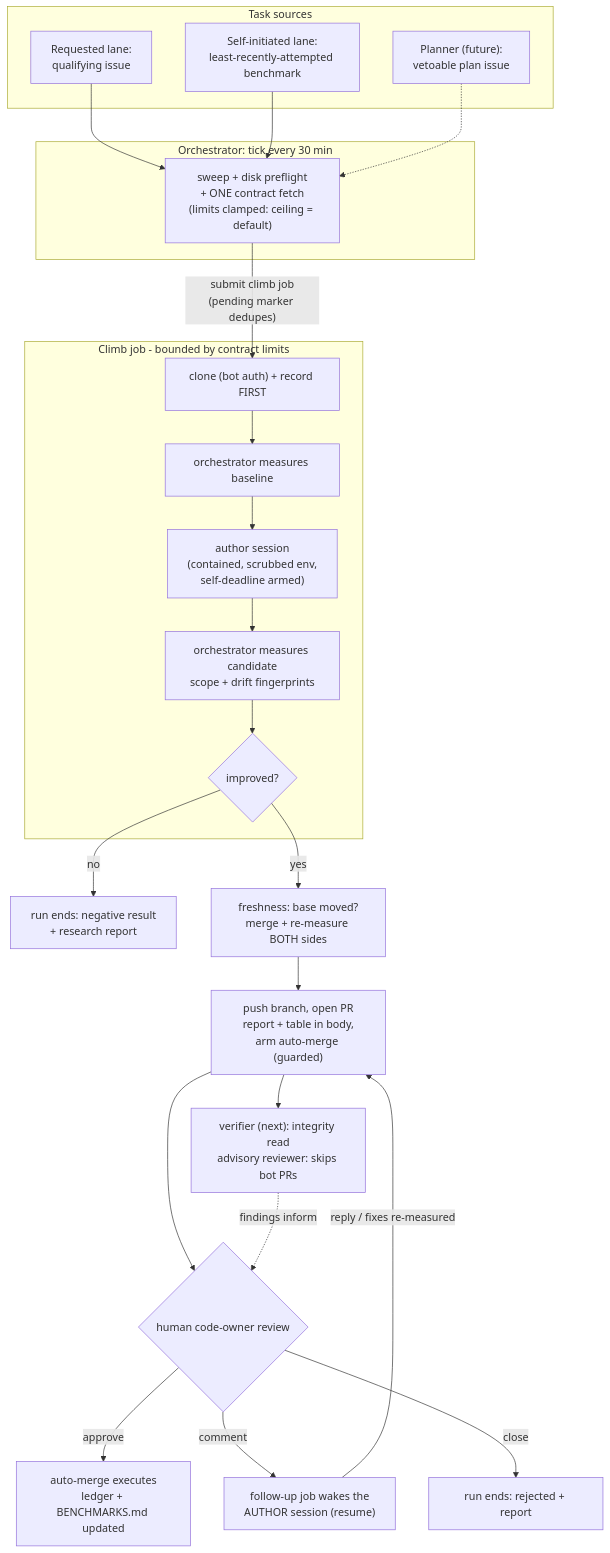
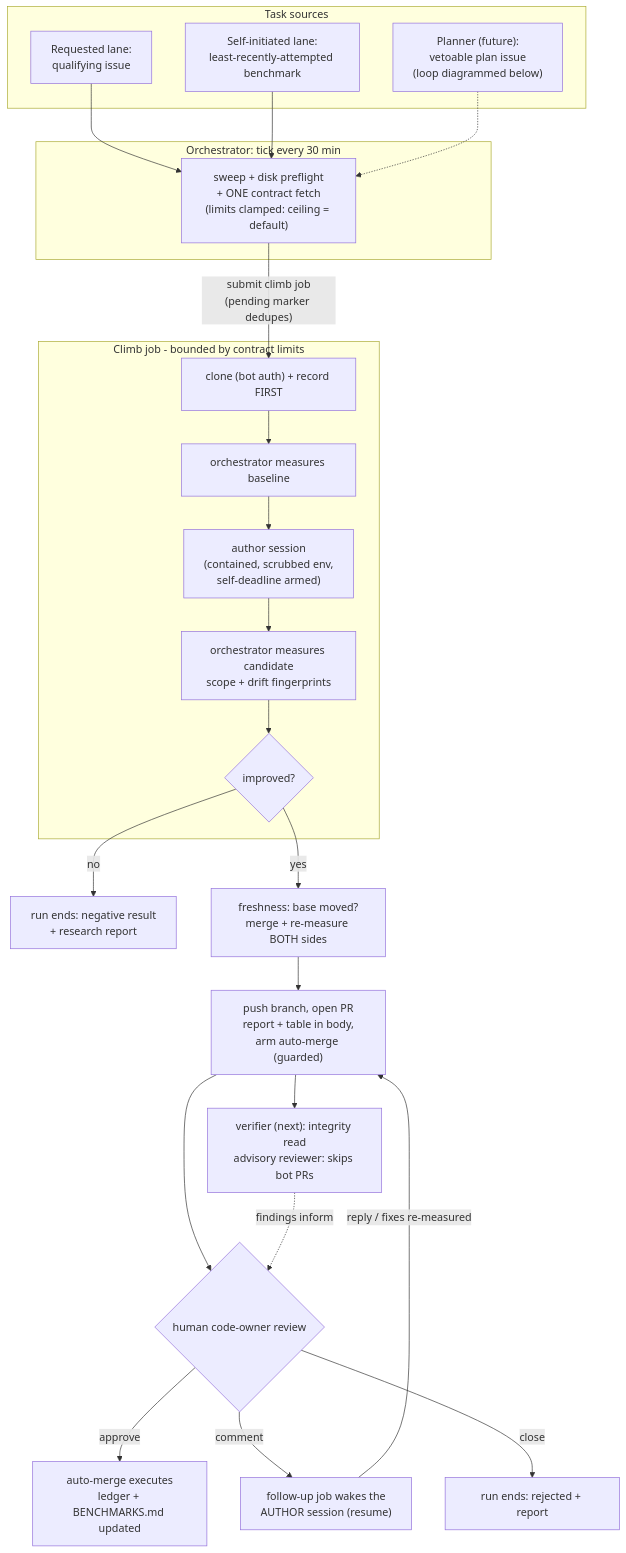
Before and after one commit to outerloop-science/outerloop: the first of 4 diagrams in docs/design/roles.md, drawn with Mermaid. The commit also changed other lines of this file, not shown here.

First line of the commit message:
roles.md: the planning and stewardship loop, diagrammed

````diff
--- a/docs/design/roles.md
+++ b/docs/design/roles.md
@@ -38,37 +38,37 @@
 ```mermaid
 flowchart TD
     subgraph sources [Task sources]
         I["Requested lane:<br/>qualifying issue"]
         S["Self-initiated lane:<br/>least-recently-attempted benchmark"]
-        P["Planner (future):<br/>vetoable plan issue"]
+        P["Planner (future):<br/>vetoable plan issue<br/>(loop diagrammed below)"]
     end
 
     subgraph tick [Orchestrator: tick every 30 min]
         T["sweep + disk preflight<br/>+ ONE contract fetch<br/>(limits clamped: ceiling = default)"]
     end
 
     I --> T
     S --> T
     P -.-> T
 
     subgraph climb [Climb job - bounded by contract limits]
         C["clone (bot auth) + record FIRST"] --> B["orchestrator measures baseline"]
         B --> A["author session<br/>(contained, scrubbed env,<br/>self-deadline armed)"]
         A --> E["orchestrator measures candidate<br/>scope + drift fingerprints"]
         E --> F{improved?}
     end
 
     T -->|"submit climb job<br/>(pending marker dedupes)"| C
 
     F -->|no| R0["run ends: negative result<br/>+ research report"]
     F -->|yes| G["freshness: base moved?<br/>merge + re-measure BOTH sides"]
     G --> PR["push branch, open PR<br/>report + table in body,<br/>arm auto-merge (guarded)"]
 
     PR --> V["verifier (next): integrity read<br/>advisory reviewer: skips bot PRs"]
     PR --> H{human code-owner review}
     V -.->|findings inform| H
     H -->|approve| M["auto-merge executes<br/>ledger + BENCHMARKS.md updated"]
     H -->|comment| W["follow-up job wakes the<br/>AUTHOR session (resume)"]
     W -->|reply / fixes re-measured| PR
     H -->|close| R1["run ends: rejected + report"]
 ```
````
